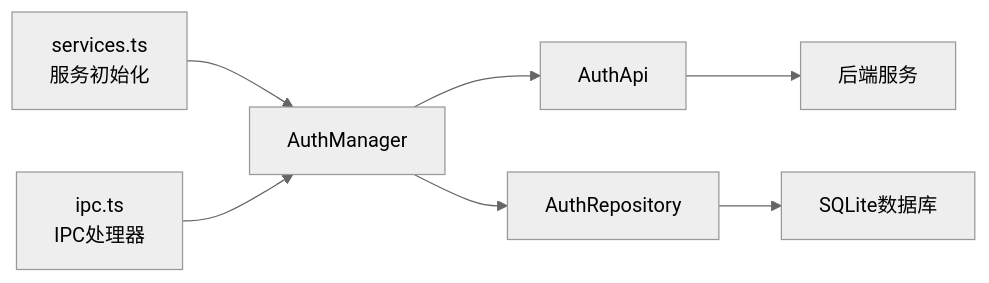
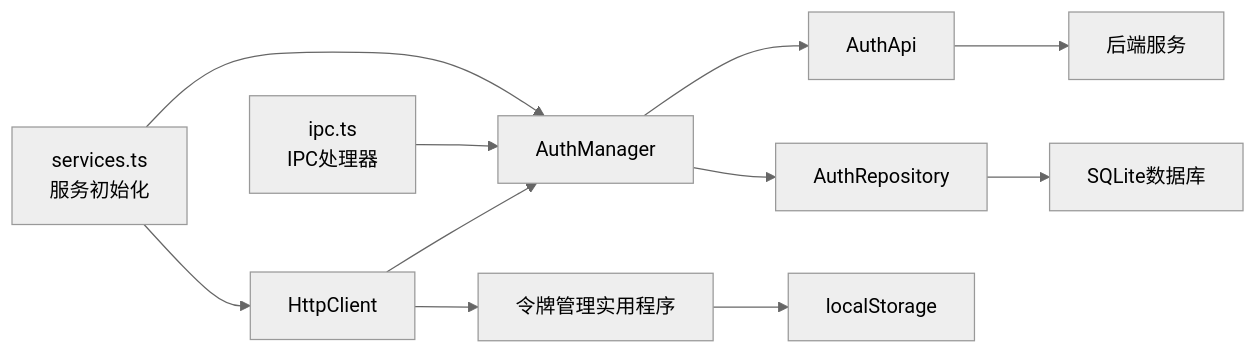
Before and after one commit to LRF0422/Kotion: the sixth of 6 diagrams in .qoder/repowiki/zh/content/API参考/认证API.md, drawn with Mermaid (neutral theme). The commit also changed other lines of this file and 13 other files, not shown here.

````diff
--- a/.qoder/repowiki/zh/content/API参考/认证API.md
+++ b/.qoder/repowiki/zh/content/API参考/认证API.md
@@ -341,9 +483,13 @@
 ```mermaid
 graph LR
 Services["services.ts<br/>服务初始化"] --> AuthManager["AuthManager"]
+Services --> HttpClient["HttpClient"]
 IPC["ipc.ts<br/>IPC处理器"] --> AuthManager
 AuthManager --> AuthApi["AuthApi"]
 AuthManager --> AuthRepository["AuthRepository"]
+HttpClient --> AuthManager
+HttpClient --> TokenManager["令牌管理实用程序"]
 AuthApi --> Backend["后端服务"]
 AuthRepository --> Database["SQLite数据库"]
+TokenManager --> LocalStorage["localStorage"]
 ```
````
